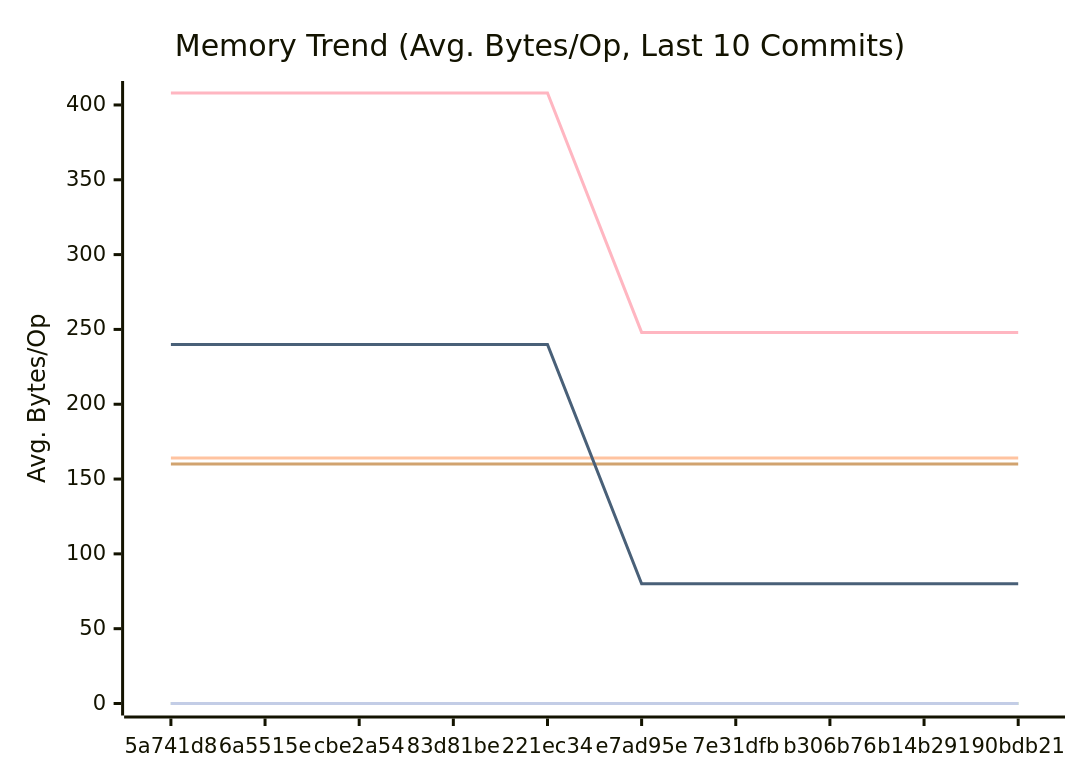
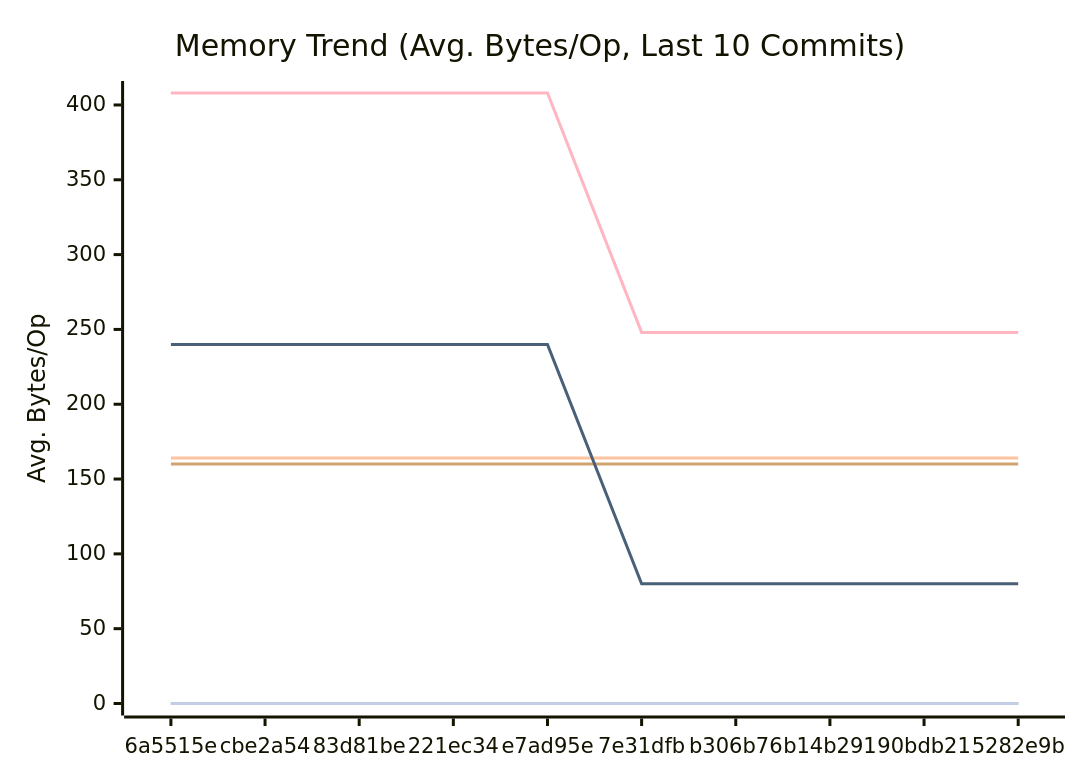
Before and after one commit to alsotoes/momo: the second of 3 diagrams in docs/PERFORMANCE.md, drawn with Mermaid. The commit also changed other lines of this file and 2 other files, not shown here.

````diff
--- a/docs/PERFORMANCE.md
+++ b/docs/PERFORMANCE.md
@@ -97,16 +97,16 @@
 ```mermaid
 xychart-beta
     title "Memory Trend (Avg. Bytes/Op, Last 10 Commits)"
     x-axis "Commit"
     y-axis "Avg. Bytes/Op"
-    x-axis [5a741d8,6a5515e,cbe2a54,83d81be,221ec34,e7ad95e,7e31dfb,b306b76,b14b291,90bdb21]
+    x-axis [6a5515e,cbe2a54,83d81be,221ec34,e7ad95e,7e31dfb,b306b76,b14b291,90bdb21,5282e9b]
     line "CheckMetricsAndSwap" [0,0,0,0,0,0,0,0,0,0]
     line "CrushOptimized" [0,0,0,0,0,0,0,0,0,0]
     line "CrushOriginal" [164,164,164,164,164,164,164,164,164,164]
     line "IndexDirectTracking" [0,0,0,0,0,0,0,0,0,0]
     line "IndexSearch" [0,0,0,0,0,0,0,0,0,0]
     line "LoadGlobalConfig" [160,160,160,160,160,160,160,160,160,160]
     line "PadString" [0,0,0,0,0,0,0,0,0,0]
     line "ParseReplicationOrder_NoPrealloc" [408,408,408,408,408,248,248,248,248,248]
     line "ParseReplicationOrder_Prealloc" [240,240,240,240,240,80,80,80,80,80]
 ```
````
